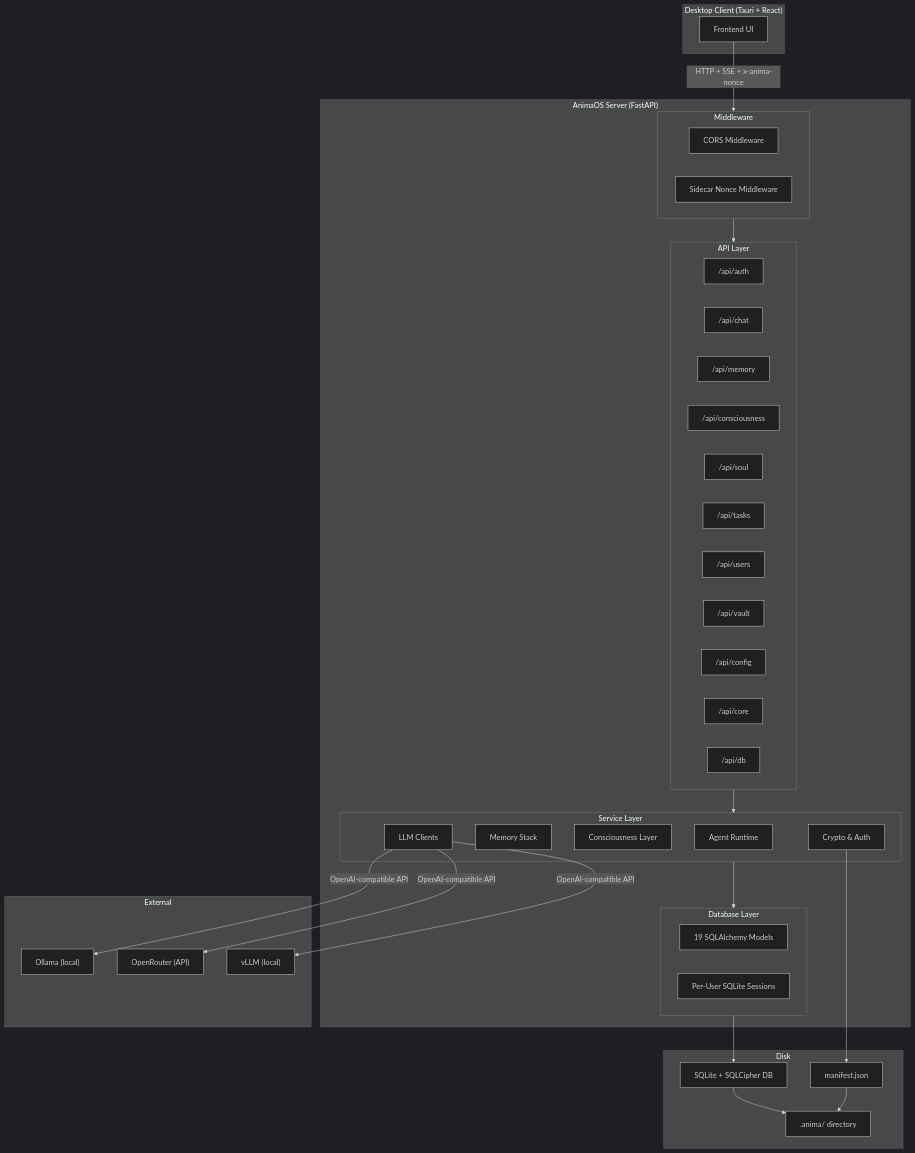
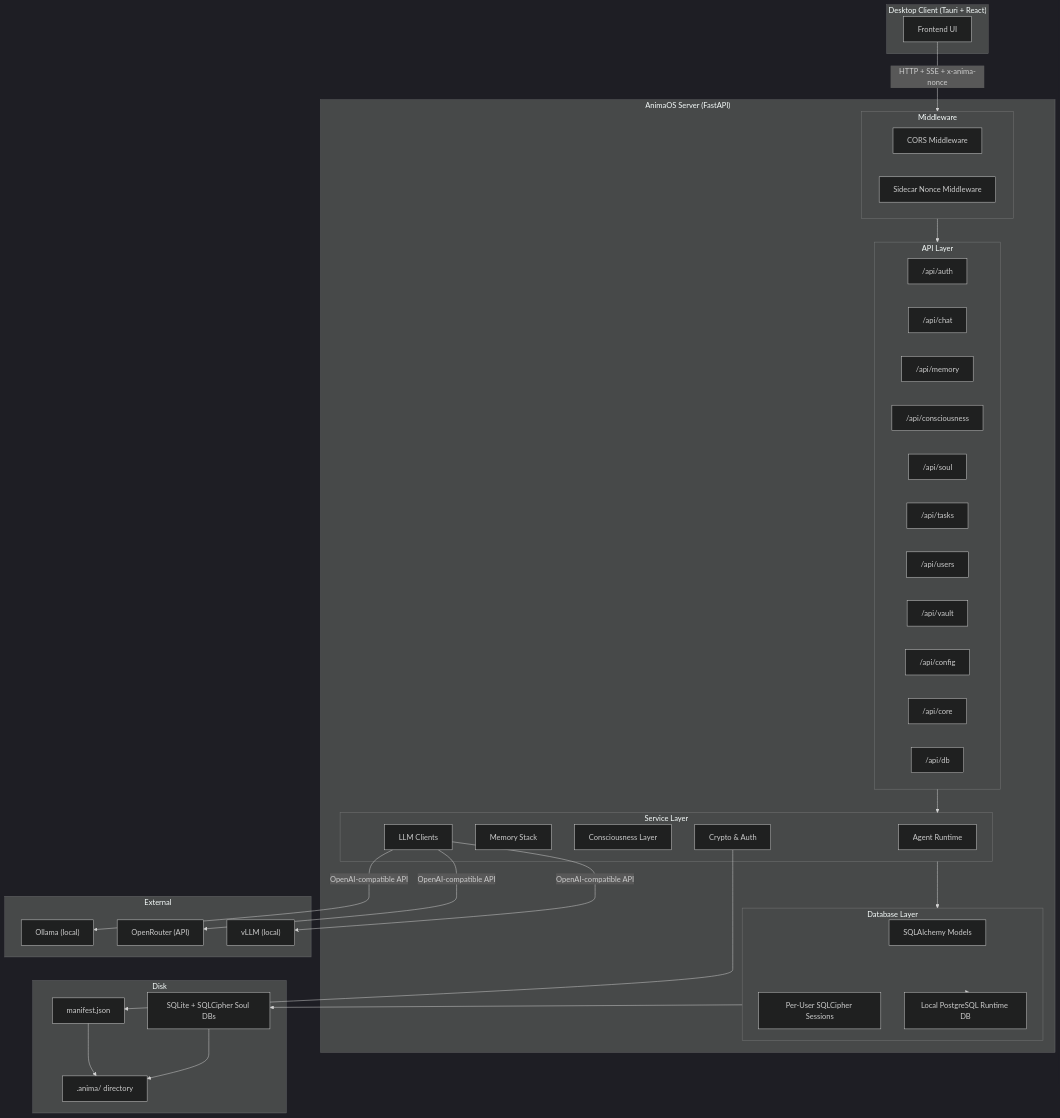
Before and after one commit to G9000/animaOS: the diagram in docs/architecture/README.md, drawn with Mermaid (dark theme). The commit also changed other lines of this file and 65 other files, not shown here.

````diff
--- a/docs/architecture/README.md
+++ b/docs/architecture/README.md
@@ -55,64 +55,66 @@
 ```mermaid
 flowchart TD
     subgraph Client["Desktop Client (Tauri + React)"]
         FE[Frontend UI]
     end
 
     subgraph Server["AnimaOS Server (FastAPI)"]
         subgraph MW["Middleware"]
             CORS[CORS Middleware]
             Nonce[Sidecar Nonce Middleware]
         end
 
         subgraph API["API Layer"]
             Auth["/api/auth"]
             Chat["/api/chat"]
             Memory["/api/memory"]
             Consc["/api/consciousness"]
             Soul["/api/soul"]
             Tasks["/api/tasks"]
             Users["/api/users"]
             Vault["/api/vault"]
             Config["/api/config"]
             Core["/api/core"]
             DB["/api/db"]
         end
 
         subgraph Services["Service Layer"]
             AgentRT["Agent Runtime"]
             MemStack["Memory Stack"]
             Consciousness["Consciousness Layer"]
             LLMLayer["LLM Clients"]
             CryptoLayer["Crypto & Auth"]
         end
 
         subgraph Persistence["Database Layer"]
-            Models["19 SQLAlchemy Models"]
-            DBSession["Per-User SQLite Sessions"]
+            Models["SQLAlchemy Models"]
+            SoulSession["Per-User SQLCipher Sessions"]
+            RuntimeDB["Local PostgreSQL Runtime DB"]
         end
     end
 
     subgraph External["External"]
         Ollama["Ollama (local)"]
         OpenRouter["OpenRouter (API)"]
         VLLM["vLLM (local)"]
     end
 
     subgraph Storage["Disk"]
         AnimaDir[".anima/ directory"]
-        SQLiteDB["SQLite + SQLCipher DB"]
+        SQLiteDB["SQLite + SQLCipher Soul DBs"]
         Manifest["manifest.json"]
     end
 
     FE -->|"HTTP + SSE + x-anima-nonce"| MW
     MW --> API
     API --> Services
     Services --> Persistence
     Persistence --> SQLiteDB
+    Persistence --> RuntimeDB
     CryptoLayer --> Manifest
     LLMLayer -->|"OpenAI-compatible API"| Ollama
     LLMLayer -->|"OpenAI-compatible API"| OpenRouter
     LLMLayer -->|"OpenAI-compatible API"| VLLM
     SQLiteDB --> AnimaDir
     Manifest --> AnimaDir
 ```
````
